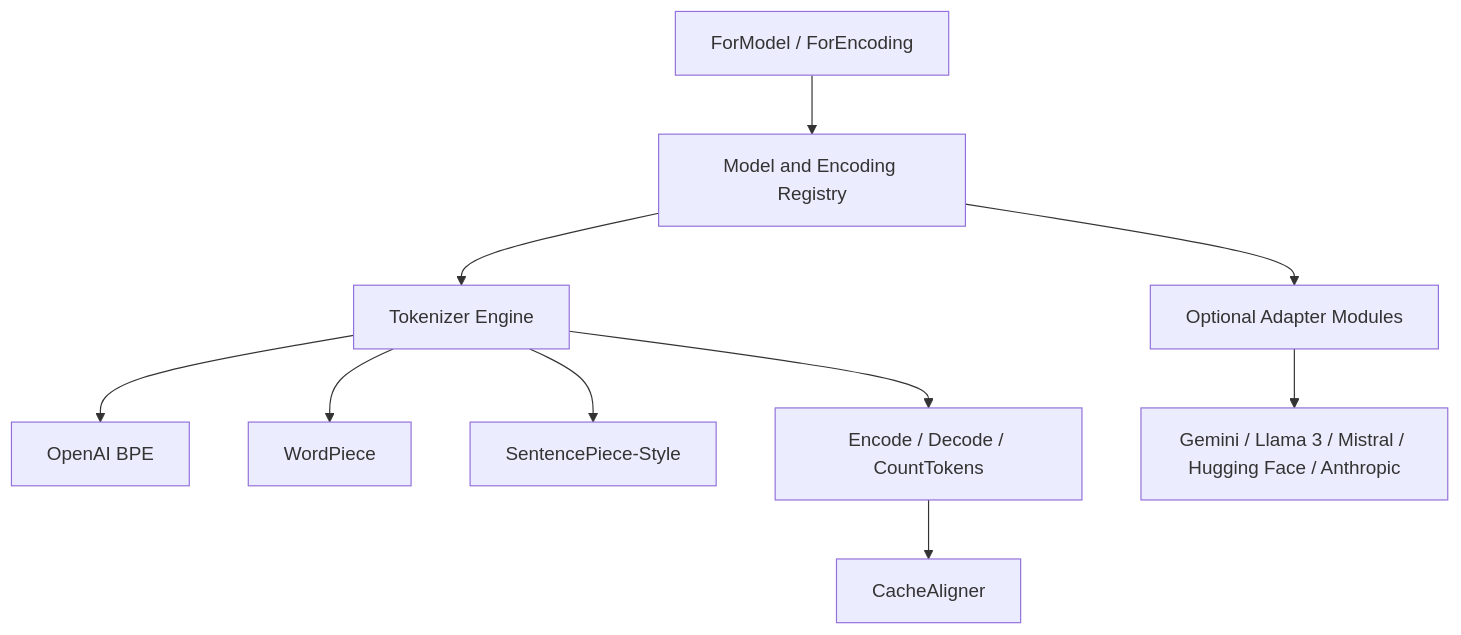
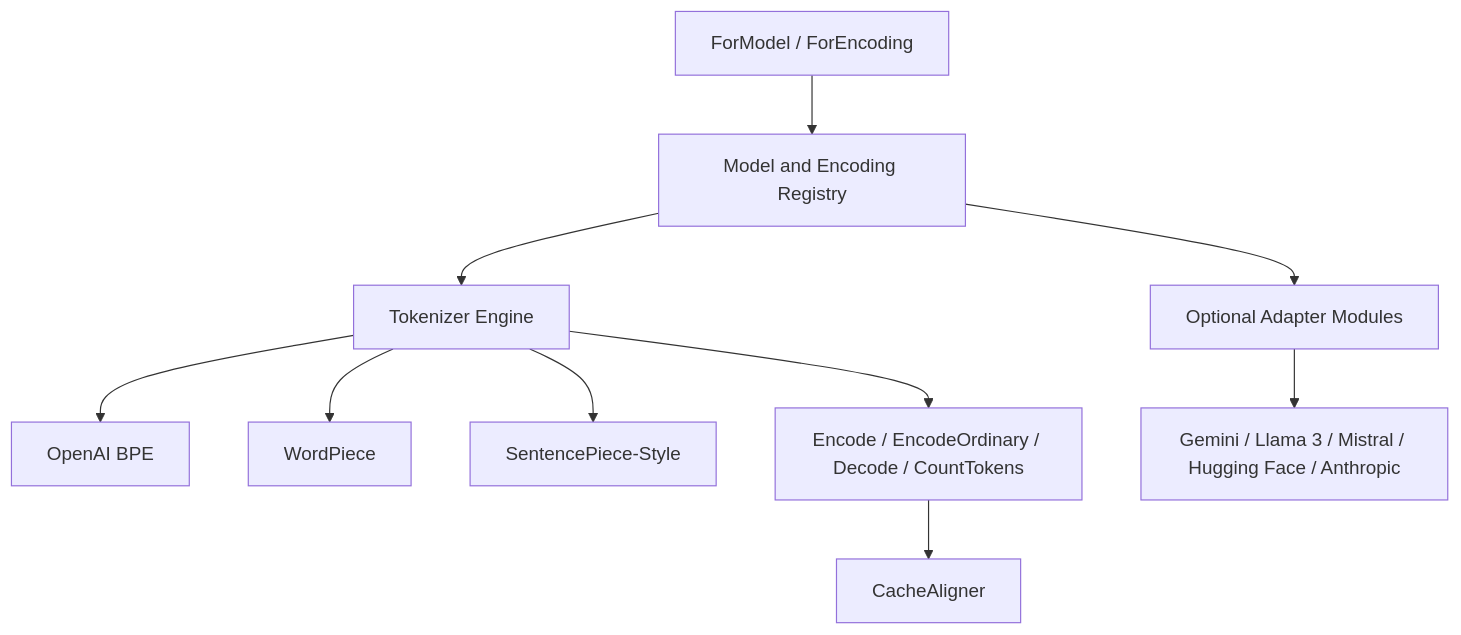
Before and after one commit to ron2111/omnitoken: the diagram in docs/architecture.md, drawn with Mermaid. The commit also changed other lines of this file and 15 other files, not shown here.

````diff
--- a/docs/architecture.md
+++ b/docs/architecture.md
@@ -5,12 +5,12 @@
 ```mermaid
 flowchart TD
     A[ForModel / ForEncoding] --> B[Model and Encoding Registry]
     B --> C[Tokenizer Engine]
     C --> D[OpenAI BPE]
     C --> E[WordPiece]
     C --> F[SentencePiece-Style]
     B --> I[Optional Adapter Modules]
     I --> J[Gemini / Llama 3 / Mistral / Hugging Face / Anthropic]
-    C --> G[Encode / Decode / CountTokens]
+    C --> G[Encode / EncodeOrdinary / Decode / CountTokens]
     G --> H[CacheAligner]
 ```
````
